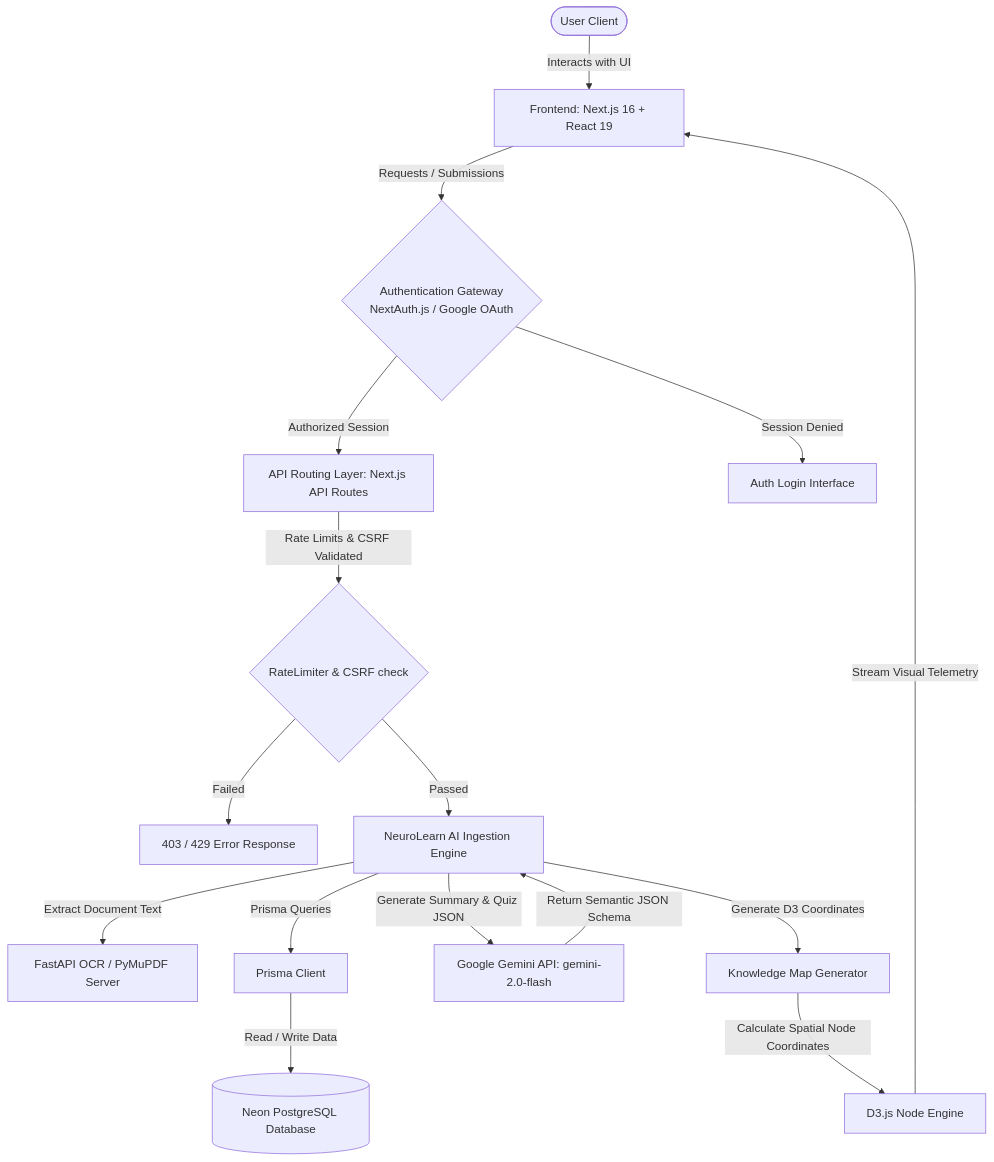
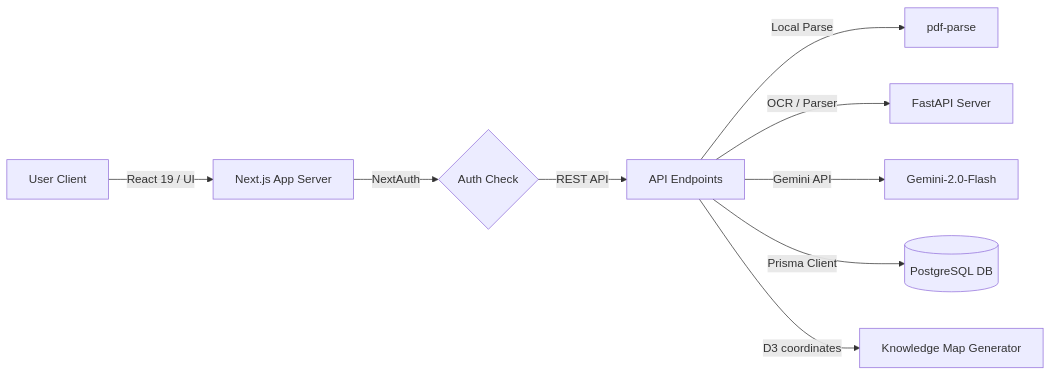
The first of 2 diagrams in README.md (yash-008-dev/yash-008-dev), drawn with Mermaid before and after one commit. The commit also changed other lines of this file, not shown here.

````diff
--- a/README.md
+++ b/README.md
@@ -81,18 +50,11 @@
 ```mermaid
-flowchart TD
-    User([User Client]) -->|Interacts with UI| FE[Frontend: Next.js 16 + React 19]
-    FE -->|Requests / Submissions| Auth{Authentication Gateway\nNextAuth.js / Google OAuth}
-    Auth -->|Authorized Session| API[API Routing Layer: Next.js API Routes]
-    Auth -->|Session Denied| Login[Auth Login Interface]
-    API -->|Rate Limits & CSRF Validated| CSRF{RateLimiter & CSRF check}
-    CSRF -->|Failed| Blocked[403 / 429 Error Response]
-    CSRF -->|Passed| AI_Engine[NeuroLearn AI Ingestion Engine]
-    AI_Engine -->|Extract Document Text| PY_Service[FastAPI OCR / PyMuPDF Server]
-    AI_Engine -->|Prisma Queries| Prisma[Prisma Client]
-    Prisma -->|Read / Write Data| DB[(Neon PostgreSQL Database)]
-    AI_Engine -->|Generate Summary & Quiz JSON| Gemini[Google Gemini API: gemini-2.0-flash]
-    Gemini -->|Return Semantic JSON Schema| AI_Engine
-    AI_Engine -->|Generate D3 Coordinates| Map_Gen[Knowledge Map Generator]
-    Map_Gen -->|Calculate Spatial Node Coordinates| D3[D3.js Node Engine]
-    D3 -->|Stream Visual Telemetry| FE
+flowchart LR
+    Client[User Client] -->|React 19 / UI| App[Next.js App Server]
+    App -->|NextAuth| Auth{Auth Check}
+    Auth -->|REST API| Endpoints[API Endpoints]
+    Endpoints -->|Local Parse| PDFParse[pdf-parse]
+    Endpoints -->|OCR / Parser| FastAPI[FastAPI Server]
+    Endpoints -->|Gemini API| Gemini[Gemini-2.0-Flash]
+    Endpoints -->|Prisma Client| PostgreSQL[(PostgreSQL DB)]
+    Endpoints -->|D3 coordinates| KMap[Knowledge Map Generator]
 ```
````
